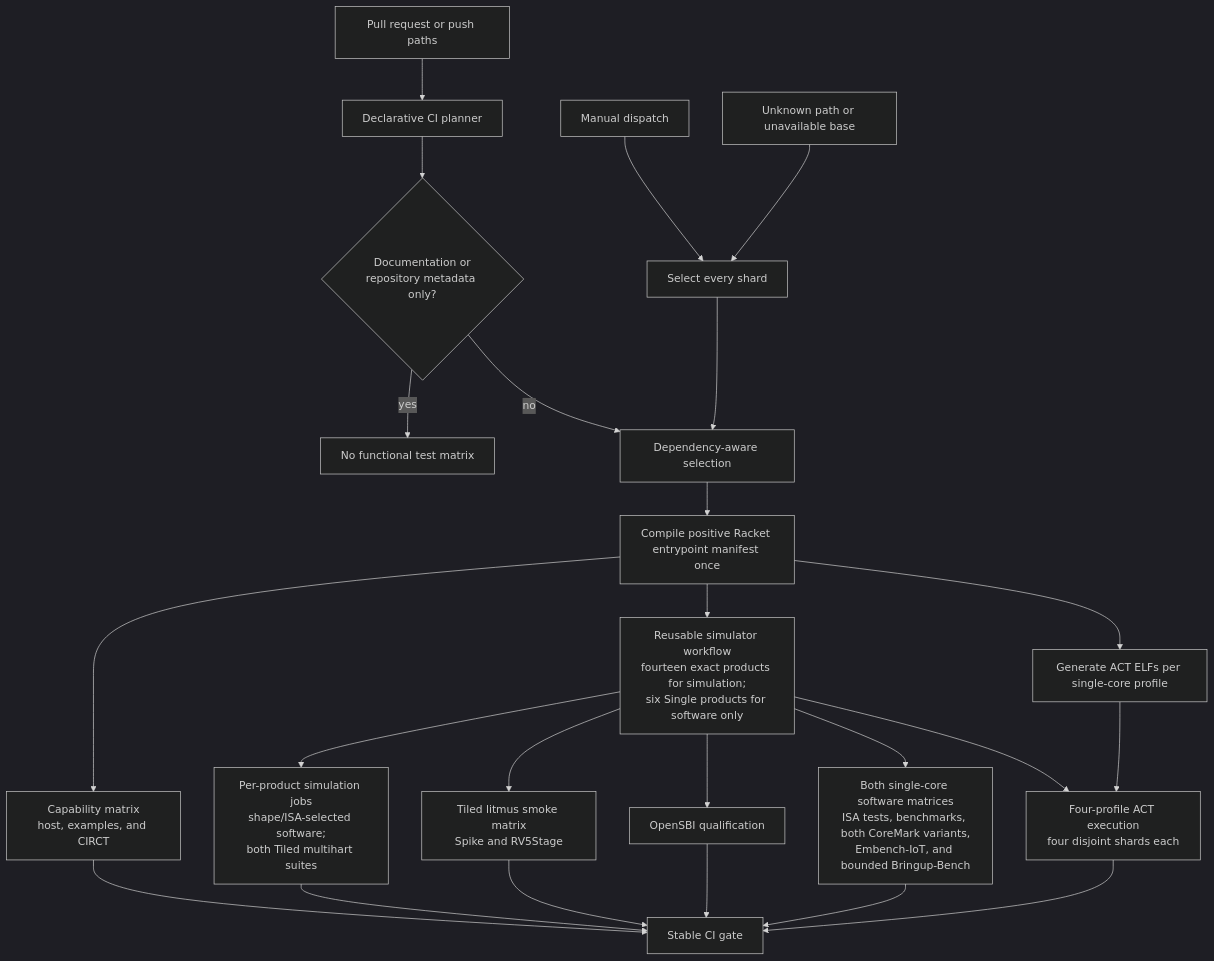
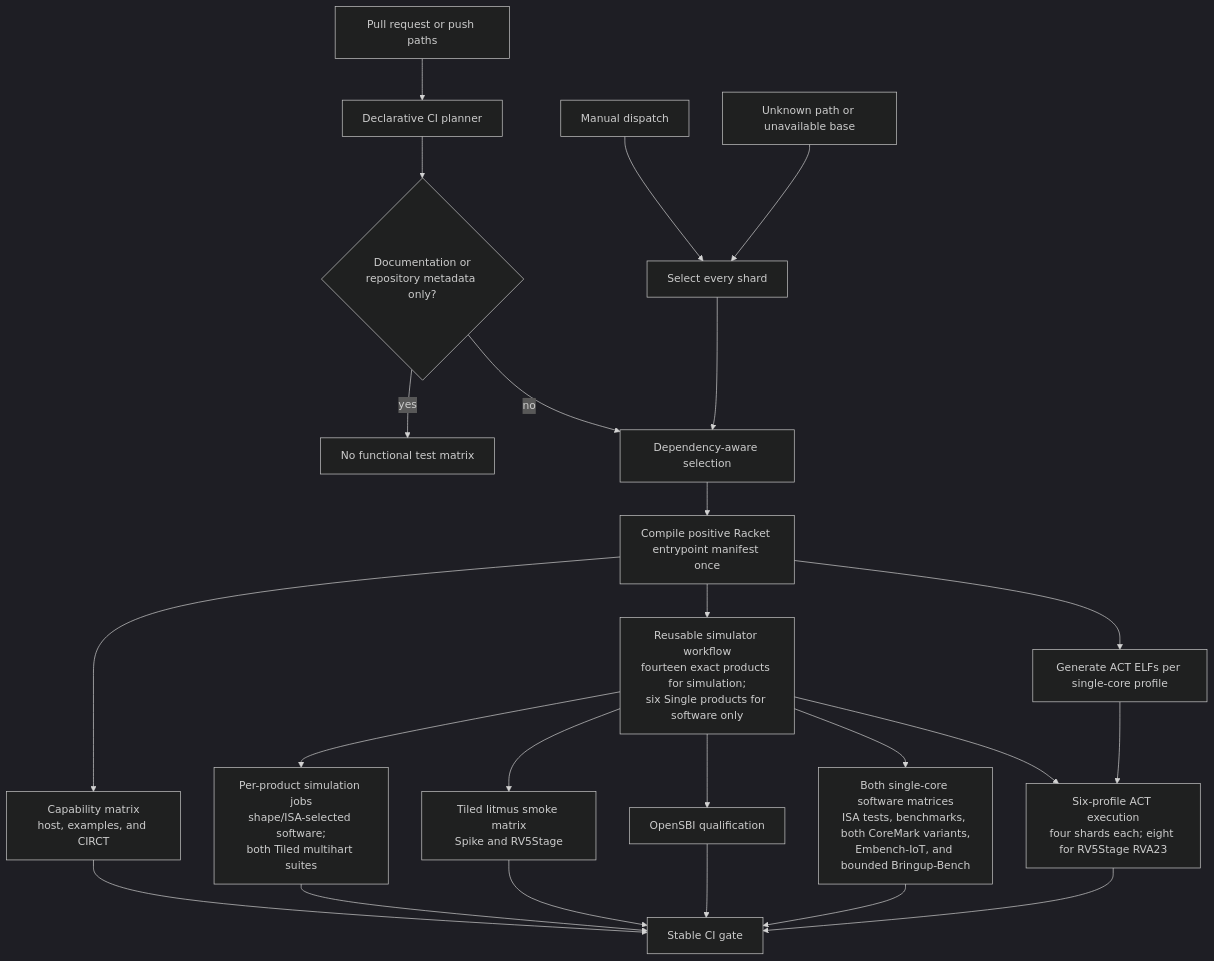
Before and after one commit to jerryz123/rhodium: the diagram in tools/testing/DEVELOPING.md, drawn with Mermaid (dark theme). The commit also changed other lines of this file and 5 other files, not shown here.

````diff
--- a/tools/testing/DEVELOPING.md
+++ b/tools/testing/DEVELOPING.md
@@ -96,26 +96,26 @@
 ```mermaid
 flowchart TD
     Changes["Pull request or push paths"] --> Classifier["Declarative CI planner"]
     Manual["Manual dispatch"] --> All["Select every shard"]
     Unknown["Unknown path or unavailable base"] --> All
     Classifier --> Docs{"Documentation or<br/>repository metadata only?"}
     Docs -->|yes| None["No functional test matrix"]
     Docs -->|no| Selected["Dependency-aware selection"]
     All --> Selected
     Selected --> Compile["Compile positive Racket entrypoint manifest once"]
     Compile --> Checks["Capability matrix<br/>host, examples, and CIRCT"]
     Compile --> Simulators["Reusable simulator workflow<br/>fourteen exact products for simulation;<br/>six Single products for software only"]
     Simulators --> Simulation["Per-product simulation jobs<br/>shape/ISA-selected software;<br/>both Tiled multihart suites"]
     Simulators --> LitmusSmoke["Tiled litmus smoke matrix<br/>Spike and RV5Stage"]
     Simulators --> Qualification["OpenSBI qualification"]
     Simulators --> Programs["Both single-core software matrices<br/>ISA tests, benchmarks, both CoreMark variants,<br/>Embench-IoT, and bounded Bringup-Bench"]
     Compile --> ActBuild["Generate ACT ELFs per single-core profile"]
-    Simulators --> ActRun["Four-profile ACT execution<br/>four disjoint shards each"]
+    Simulators --> ActRun["Six-profile ACT execution<br/>four shards each; eight for RV5Stage RVA23"]
     ActBuild --> ActRun
     Checks --> Gate["Stable CI gate"]
     Simulation --> Gate
     LitmusSmoke --> Gate
     Qualification --> Gate
     Programs --> Gate
     ActRun --> Gate
 ```
````
